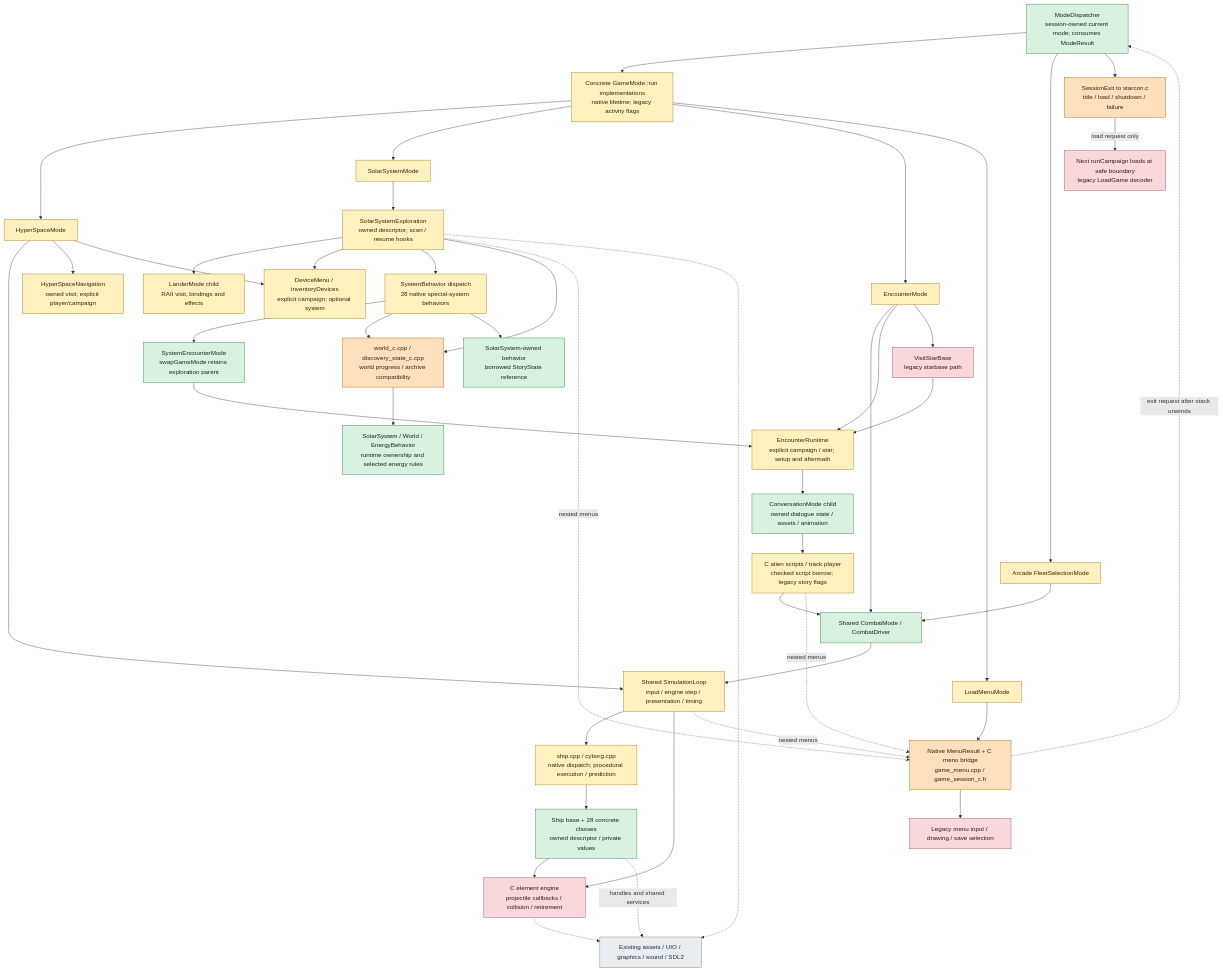
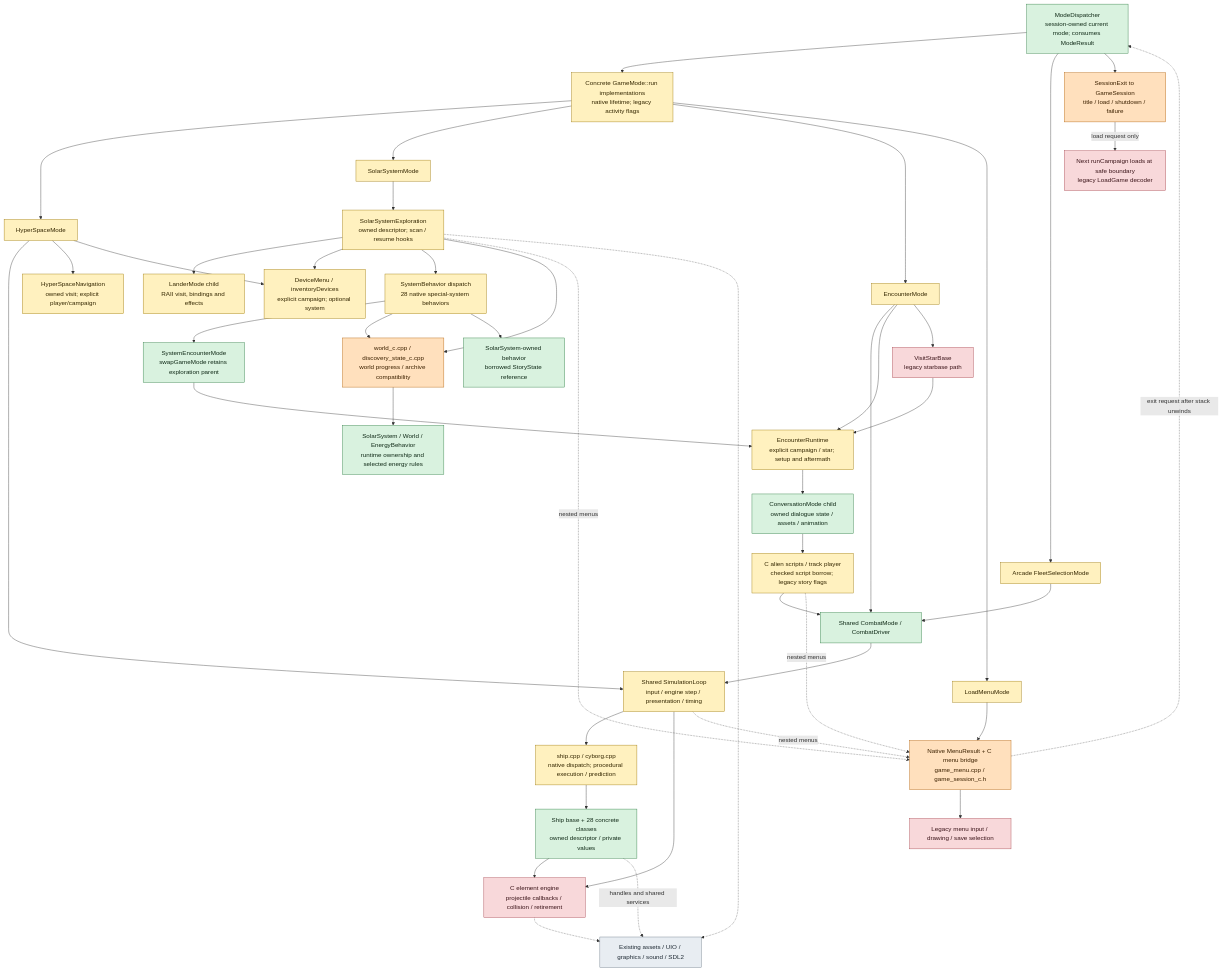
One commit to yost-jacob/uqm-cpp17 changed the first of 3 diagrams in docs/design/runtime-map.md. Above: the diagram before and after it, drawn with Mermaid. The commit also changed other lines of this file and 57 other files, not shown here.

````diff
--- a/docs/design/runtime-map.md
+++ b/docs/design/runtime-map.md
@@ -20,59 +20,59 @@
 ```mermaid
 flowchart TD
     D["ModeDispatcher<br/>session-owned current mode; consumes ModeResult"]:::native
     M["Concrete GameMode::run implementations<br/>native lifetime; legacy activity flags"]:::mixed
     D --> M
     M --> H["HyperSpaceMode"]:::mixed
     M --> S["SolarSystemMode"]:::mixed
     M --> E["EncounterMode"]:::mixed
     M --> O["LoadMenuMode"]:::mixed
 
     H --> B["Shared SimulationLoop<br/>input / engine step / presentation / timing"]:::mixed
     D --> FS["Arcade FleetSelectionMode"]:::mixed
     FS --> CM["Shared CombatMode / CombatDriver"]:::native
     E --> CM
     CM --> B
     H --> HP["HyperSpaceNavigation<br/>owned visit; explicit player/campaign"]:::mixed
     S --> EX["SolarSystemExploration<br/>owned descriptor; scan / resume hooks"]:::mixed
     EX --> LM["LanderMode child<br/>RAII visit, bindings and effects"]:::mixed
     E --> ER["EncounterRuntime<br/>explicit campaign / star; setup and aftermath"]:::mixed
     ER --> CV["ConversationMode child<br/>owned dialogue state / assets / animation"]:::native
     CV --> EC["C alien scripts / track player<br/>checked script borrow; legacy story flags"]:::mixed
     E --> BASE["VisitStarBase<br/>legacy starbase path"]:::legacy
     BASE --> ER
     H --> DEV["DeviceMenu / inventoryDevices<br/>explicit campaign; optional system"]:::mixed
     EX --> DEV
     EC --> CM
 
     B --> SE["ship.cpp / cyborg.cpp<br/>native dispatch; procedural execution / prediction"]:::mixed
     SE --> SH["Ship base + 28 concrete classes<br/>owned descriptor / private values"]:::native
     SH --> EL["C element engine<br/>projectile callbacks / collision / retirement"]:::legacy
     B --> EL
 
     EX --> GEN["SystemBehavior dispatch<br/>28 native special-system behaviors"]:::mixed
     EX --> WA["world_c.cpp / discovery_state_c.cpp<br/>world progress / archive compatibility"]:::adapter
     GEN --> CHILD["SystemEncounterMode<br/>swapGameMode retains exploration parent"]:::native
     CHILD --> ER
     GEN --> WA
     GEN --> SB["SolarSystem-owned behavior<br/>borrowed StoryState reference"]:::native
     WA --> WO["SolarSystem / World / EnergyBehavior<br/>runtime ownership and selected energy rules"]:::native
 
     O --> MN["Native MenuResult + C menu bridge<br/>game_menu.cpp / game_session_c.h"]:::adapter
     B -. nested menus .-> MN
     EX -. nested menus .-> MN
     EC -. nested menus .-> MN
     MN --> UI["Legacy menu input / drawing / save selection"]:::legacy
     MN -. exit request after stack unwinds .-> D
-    D --> EXIT["SessionExit to starcon.c<br/>title / load / shutdown / failure"]:::adapter
+    D --> EXIT["SessionExit to GameSession<br/>title / load / shutdown / failure"]:::adapter
     EXIT -->|load request only| LOAD["Next runCampaign loads at safe boundary<br/>legacy LoadGame decoder"]:::legacy
 
     SH -. handles and shared services .-> RES["Existing assets / UIO / graphics / sound / SDL2"]:::foundation
     EL -.-> RES
     EX -.-> RES
 
     classDef native fill:#d9f2df,stroke:#27783d,color:#102a17;
     classDef mixed fill:#fff1bf,stroke:#9a7400,color:#342700;
     classDef adapter fill:#ffe0bd,stroke:#af5c00,color:#3c2100;
     classDef legacy fill:#f8d8da,stroke:#a43f48,color:#3b1419;
     classDef foundation fill:#e8edf2,stroke:#667582,color:#1e2933;
 ```
````
